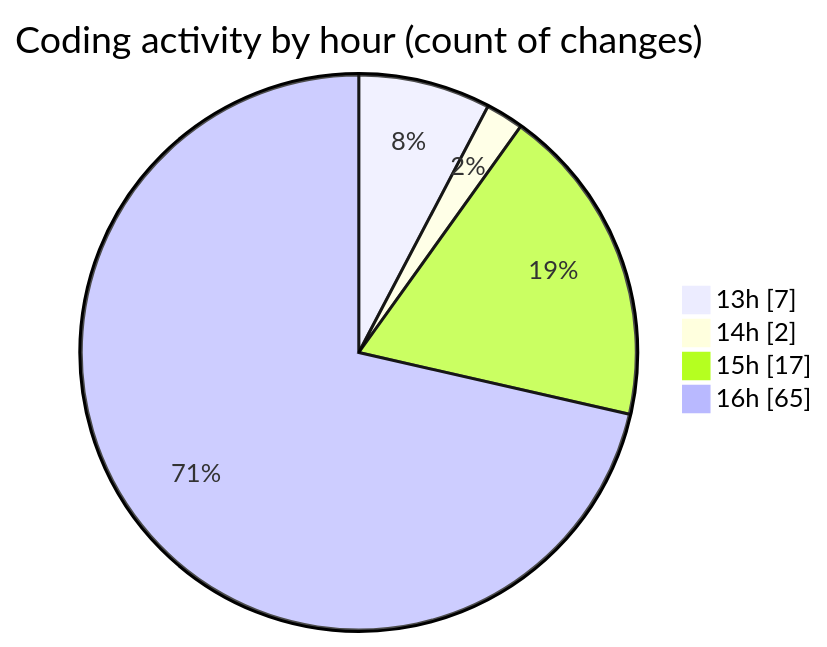
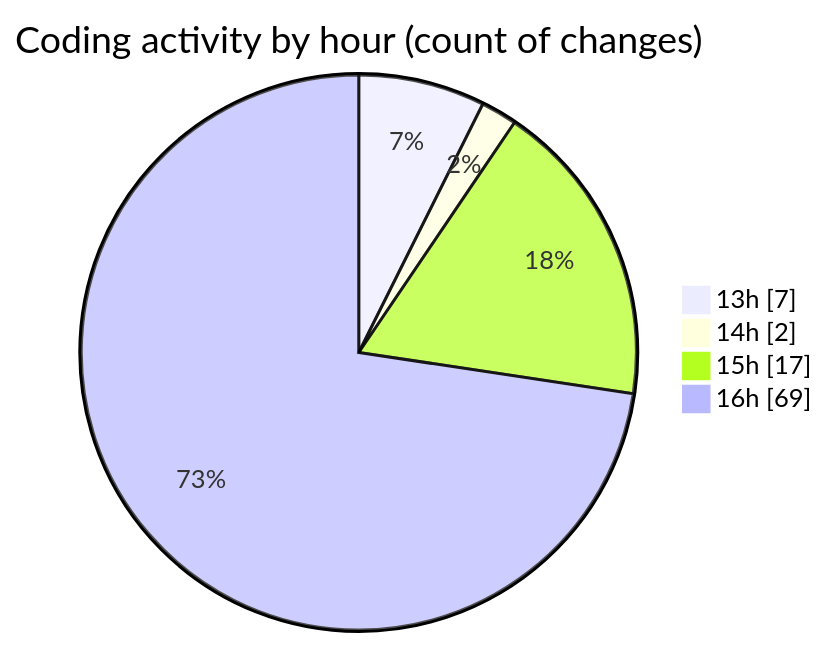
Before and after one commit to charlie-sans/code-tracking: the second of 2 diagrams in 2025-02-24/micros/README.md, drawn with Mermaid. The commit also changed other lines of this file and 1 other file, not shown here.

````diff
--- a/2025-02-24/micros/README.md
+++ b/2025-02-24/micros/README.md
@@ -45,8 +45,8 @@
 ```mermaid
 pie showData
 title Coding activity by hour (count of changes)
 "13h" : 7
 "14h" : 2
 "15h" : 17
-"16h" : 65
+"16h" : 69
 ```
````
